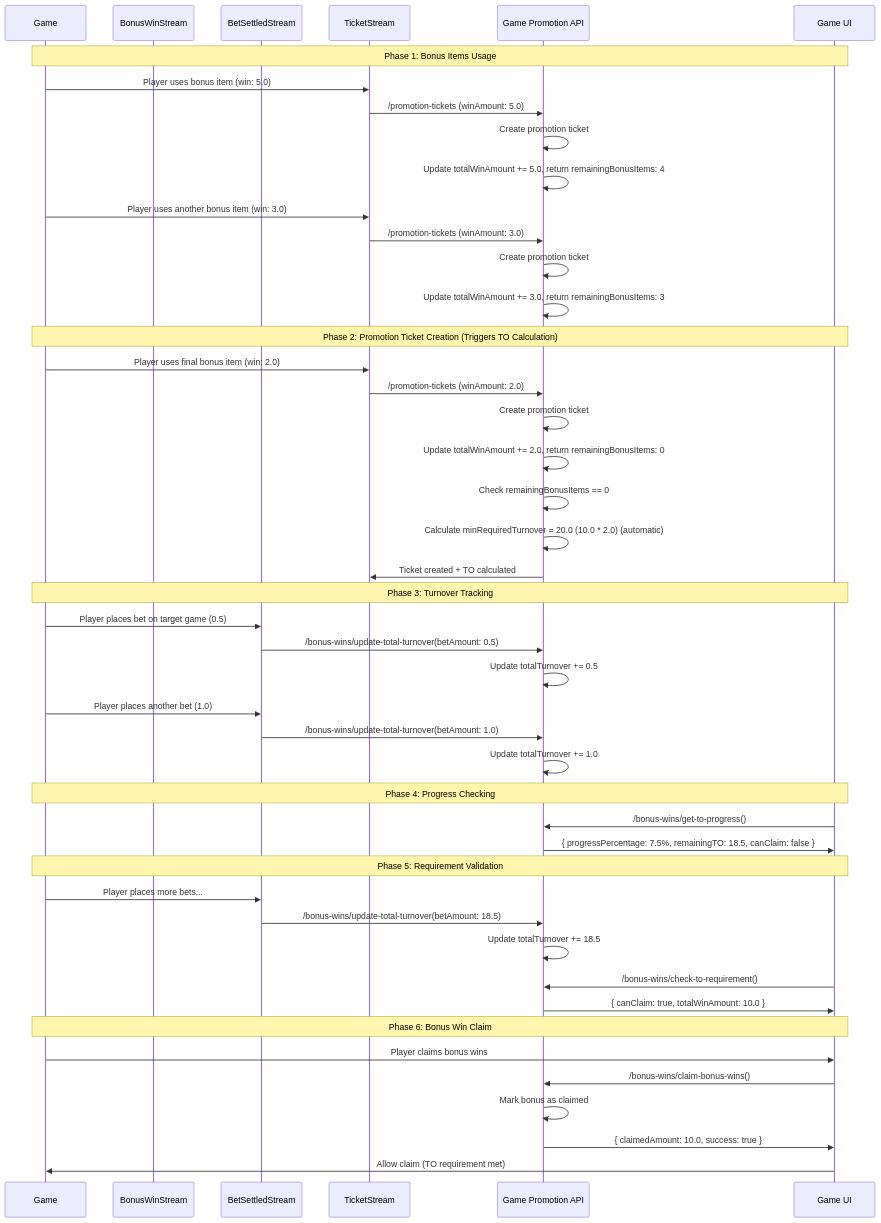
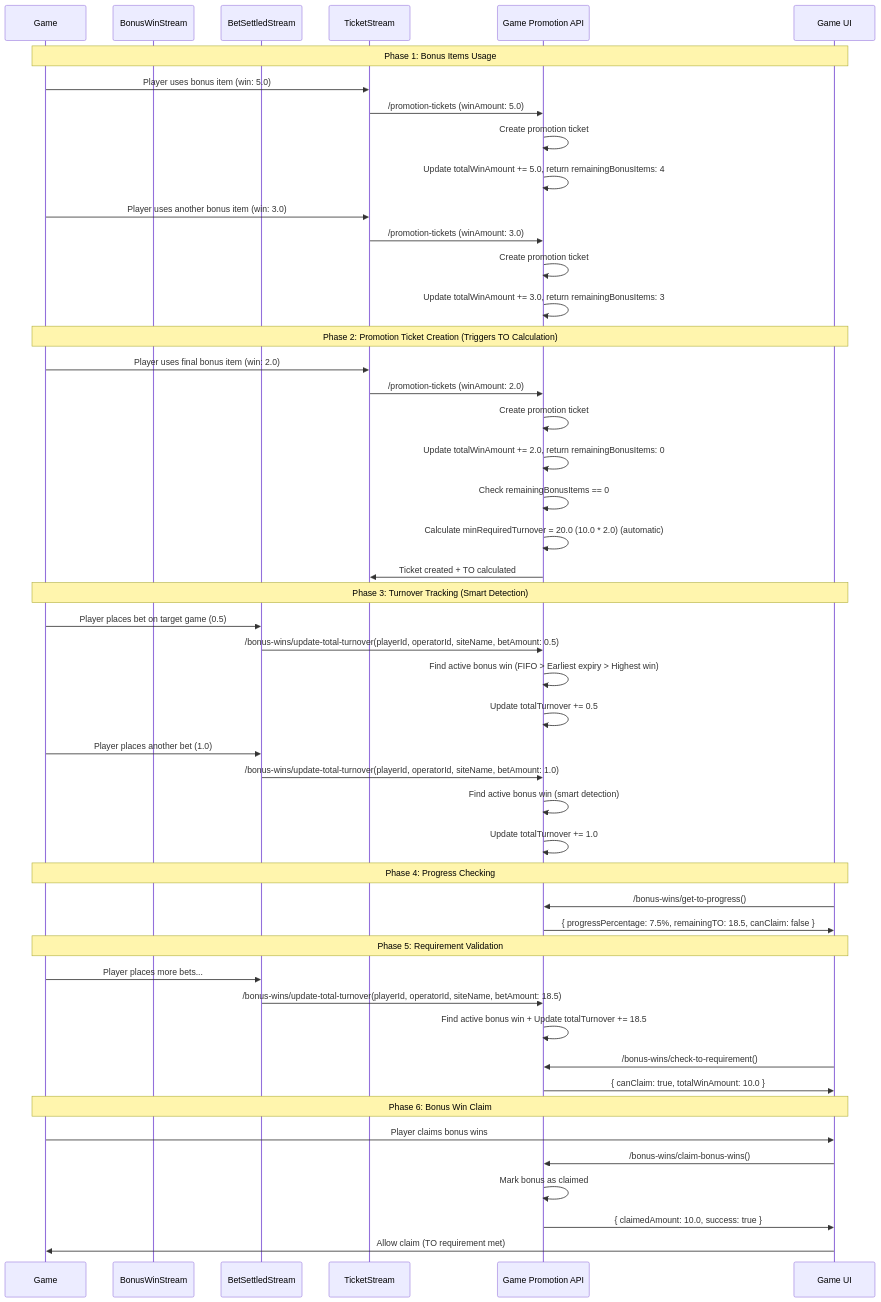
Before and after one commit to starixvn/l1_backend-services_game-promotion-api: the diagram in diagrams/sequence/TurnoverTrackingFlow.md, drawn with Mermaid. The commit also changed other lines of this file, not shown here.

Commit message:
doc: update TurnoverTrackingFlow

````diff
--- a/diagrams/sequence/TurnoverTrackingFlow.md
+++ b/diagrams/sequence/TurnoverTrackingFlow.md
@@ -11,57 +11,59 @@
 ```mermaid
 sequenceDiagram
     participant Game
     participant BonusWinStream
     participant BetSettledStream
     participant TicketStream
     participant API as Game Promotion API
     participant UI as Game UI
 
     Note over Game,UI: Phase 1: Bonus Items Usage
     Game->>TicketStream: Player uses bonus item (win: 5.0)
     TicketStream->>API: /promotion-tickets (winAmount: 5.0)
     API->>API: Create promotion ticket
     API->>API: Update totalWinAmount += 5.0, return remainingBonusItems: 4
 
     Game->>TicketStream: Player uses another bonus item (win: 3.0)
     TicketStream->>API: /promotion-tickets (winAmount: 3.0)
     API->>API: Create promotion ticket
     API->>API: Update totalWinAmount += 3.0, return remainingBonusItems: 3
 
     Note over Game,UI: Phase 2: Promotion Ticket Creation (Triggers TO Calculation)
     Game->>TicketStream: Player uses final bonus item (win: 2.0)
     TicketStream->>API: /promotion-tickets (winAmount: 2.0)
     API->>API: Create promotion ticket
     API->>API: Update totalWinAmount += 2.0, return remainingBonusItems: 0
     API->>API: Check remainingBonusItems == 0
     API->>API: Calculate minRequiredTurnover = 20.0 (10.0 * 2.0) (automatic)
     API->>TicketStream: Ticket created + TO calculated
 
-    Note over Game,UI: Phase 3: Turnover Tracking
+    Note over Game,UI: Phase 3: Turnover Tracking (Smart Detection)
     Game->>BetSettledStream: Player places bet on target game (0.5)
-    BetSettledStream->>API: /bonus-wins/update-total-turnover(betAmount: 0.5)
+    BetSettledStream->>API: /bonus-wins/update-total-turnover(playerId, operatorId, siteName, betAmount: 0.5)
+    API->>API: Find active bonus win (FIFO > Earliest expiry > Highest win)
     API->>API: Update totalTurnover += 0.5
 
     Game->>BetSettledStream: Player places another bet (1.0)
-    BetSettledStream->>API: /bonus-wins/update-total-turnover(betAmount: 1.0)
+    BetSettledStream->>API: /bonus-wins/update-total-turnover(playerId, operatorId, siteName, betAmount: 1.0)
+    API->>API: Find active bonus win (smart detection)
     API->>API: Update totalTurnover += 1.0
 
     Note over Game,UI: Phase 4: Progress Checking
     UI->>API: /bonus-wins/get-to-progress()
     API->>UI: { progressPercentage: 7.5%, remainingTO: 18.5, canClaim: false }
 
     Note over Game,UI: Phase 5: Requirement Validation
     Game->>BetSettledStream: Player places more bets...
-    BetSettledStream->>API: /bonus-wins/update-total-turnover(betAmount: 18.5)
-    API->>API: Update totalTurnover += 18.5
+    BetSettledStream->>API: /bonus-wins/update-total-turnover(playerId, operatorId, siteName, betAmount: 18.5)
+    API->>API: Find active bonus win + Update totalTurnover += 18.5
 
     UI->>API: /bonus-wins/check-to-requirement()
     API->>UI: { canClaim: true, totalWinAmount: 10.0 }
 
     Note over Game,UI: Phase 6: Bonus Win Claim
     Game->>UI: Player claims bonus wins
     UI->>API: /bonus-wins/claim-bonus-wins()
     API->>API: Mark bonus as claimed
     API->>UI: { claimedAmount: 10.0, success: true }
     UI->>Game: Allow claim (TO requirement met)
 ```
````
